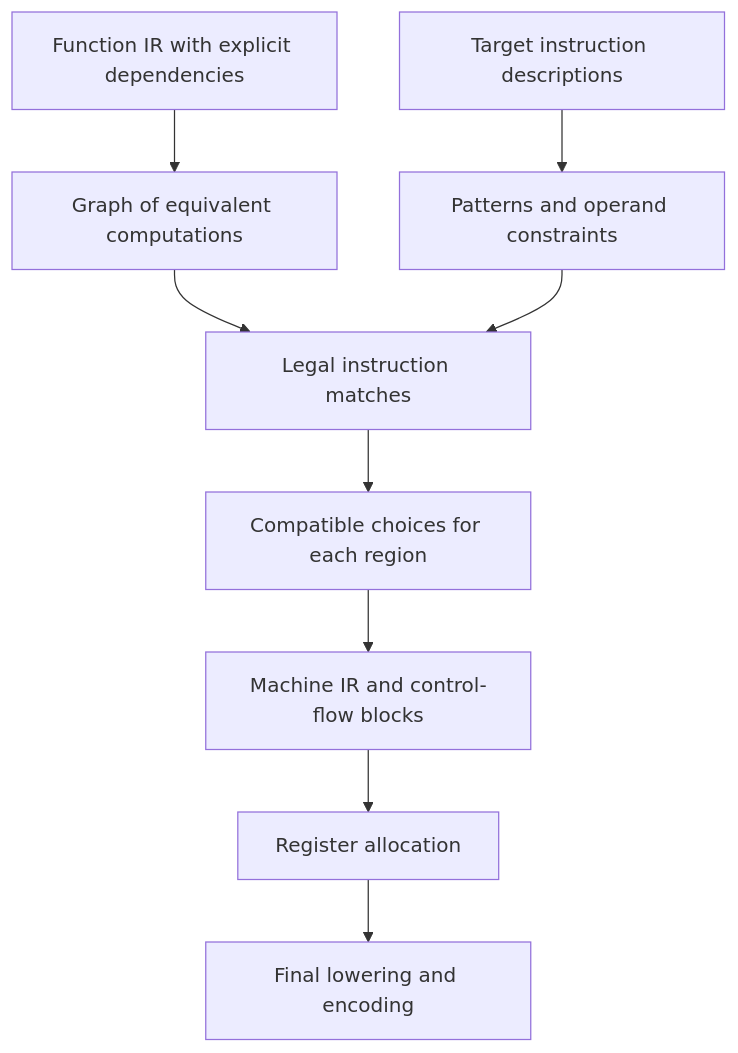
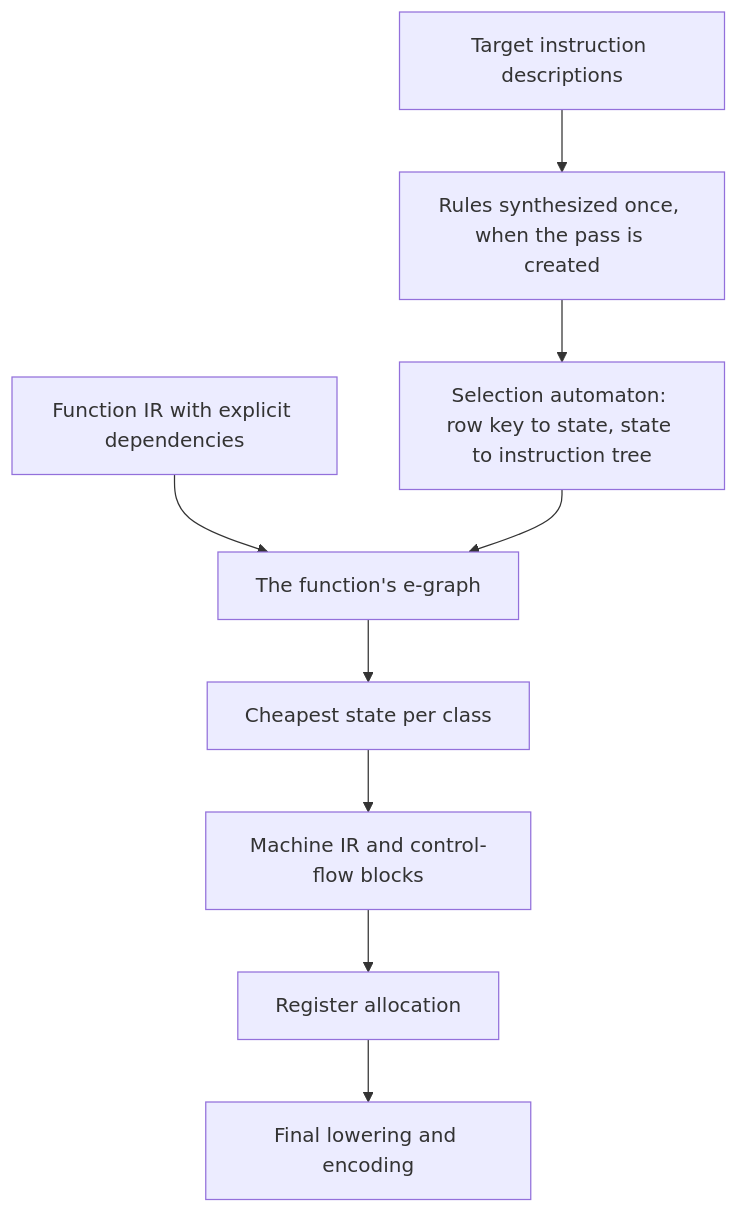
The diagram in docs/design/isel.md (alexbatashev/tir), drawn with Mermaid before and after one commit. The commit also changed other lines of this file and 258 other files, not shown here.

````diff
--- a/docs/design/isel.md
+++ b/docs/design/isel.md
@@ -47,11 +47,11 @@
 ```mermaid
 flowchart TD
-	IR["Function IR with explicit dependencies"] --> G["Graph of equivalent computations"]
-	D["Target instruction descriptions"] --> P["Patterns and operand constraints"]
-	G --> M["Legal instruction matches"]
-	P --> M
-	M --> C["Compatible choices for each region"]
-	C --> E["Machine IR and control-flow blocks"]
+	D["Target instruction descriptions"] --> S["Rules synthesized once, when the pass is created"]
+	S --> A["Selection automaton: row key to state, state to instruction tree"]
+	IR["Function IR with explicit dependencies"] --> G["The function's e-graph"]
+	A --> G
+	G --> X["Cheapest state per class"]
+	X --> E["Machine IR and control-flow blocks"]
 	E --> R["Register allocation"]
 	R --> B["Final lowering and encoding"]
 ```
````
